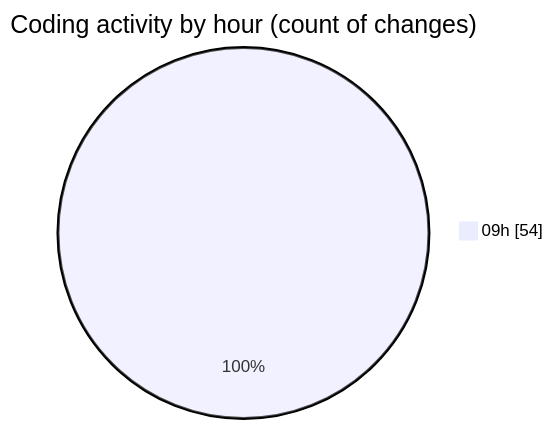
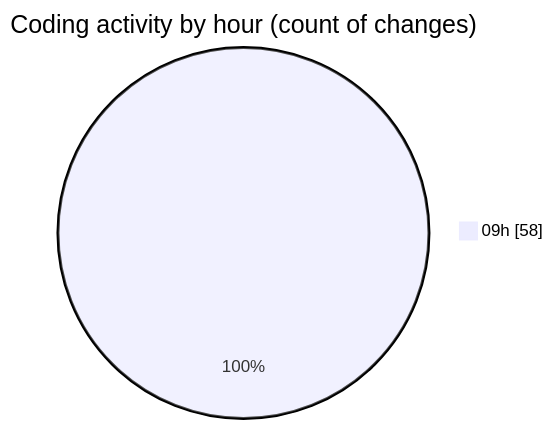
One commit to momahboobian/code-tracking changed the second of 2 diagrams in 2026-01-08/cda/README.md. Above: the diagram before and after it, drawn with Mermaid. The commit also changed other lines of this file and 1 other file, not shown here.

````diff
--- a/2026-01-08/cda/README.md
+++ b/2026-01-08/cda/README.md
@@ -50,5 +50,5 @@
 ```mermaid
 pie showData
 title Coding activity by hour (count of changes)
-"09h" : 54
+"09h" : 58
 ```
````
